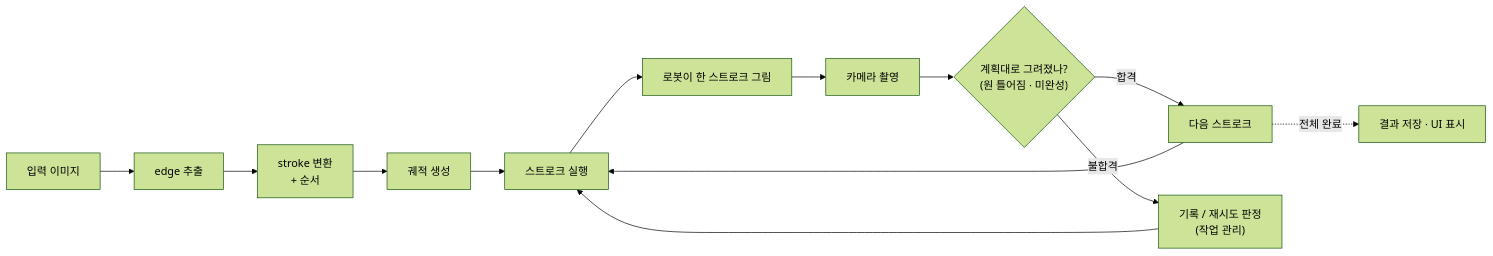
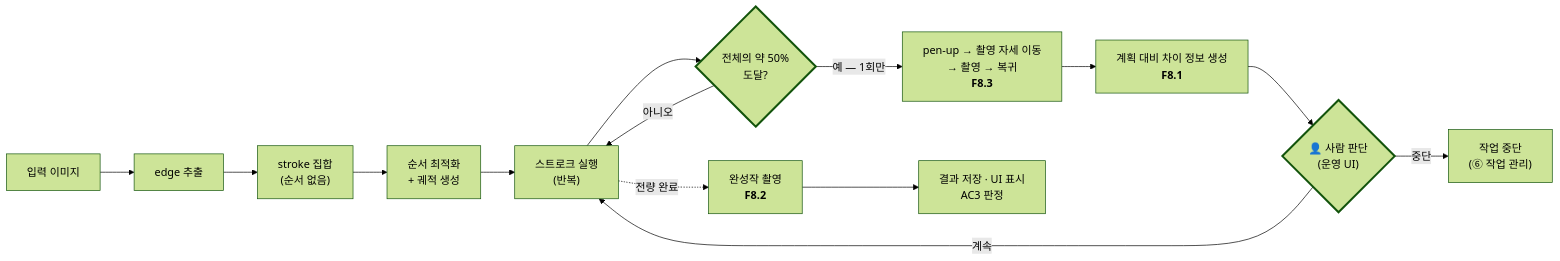
One commit to MarkCheon25/Nyang_Nyang_Atlier changed the third of 4 diagrams in docs/System Architecture.md. Above: the diagram before and after it, drawn with Mermaid (forest theme). The commit also changed other lines of this file and 9 other files, not shown here.

````diff
--- a/docs/System Architecture.md
+++ b/docs/System Architecture.md
@@ -119,12 +121,15 @@
 ```mermaid
 flowchart LR
-    A["입력 이미지"] --> B["edge 추출"] --> C["stroke 변환<br/>+ 순서"] --> D["궤적 생성"] --> E["스트로크 실행"]
-    E --> F["로봇이 한 스트로크 그림"]
-    F --> G["카메라 촬영"]
-    G --> H{"계획대로 그려졌나?<br/>(원 틀어짐 · 미완성)"}
-    H -->|합격| I["다음 스트로크"]
-    H -->|불합격| J["기록 / 재시도 판정<br/>(작업 관리)"]
-    I --> E
-    J --> E
-    I -. 전체 완료 .-> K["결과 저장 · UI 표시"]
+    A["입력 이미지"] --> B["edge 추출"] --> C["stroke 집합<br/>(순서 없음)"] --> D["순서 최적화<br/>+ 궤적 생성"] --> E["스트로크 실행<br/>(반복)"]
+    E --> P{"전체의 약 50%<br/>도달?"}
+    P -->|아니오| E
+    P -->|"예 — 1회만"| M["pen-up → 촬영 자세 이동<br/>→ 촬영 → 복귀<br/><b>F8.3</b>"]
+    M --> H["계획 대비 차이 정보 생성<br/><b>F8.1</b>"]
+    H --> U{"👤 사람 판단<br/>(운영 UI)"}
+    U -->|계속| E
+    U -->|중단| X["작업 중단<br/>(⑥ 작업 관리)"]
+    E -. 전량 완료 .-> Z["완성작 촬영<br/><b>F8.2</b>"] --> K["결과 저장 · UI 표시<br/>AC3 판정"]
+
+    style P stroke-width:3px
+    style U stroke-width:3px
 ```
````
